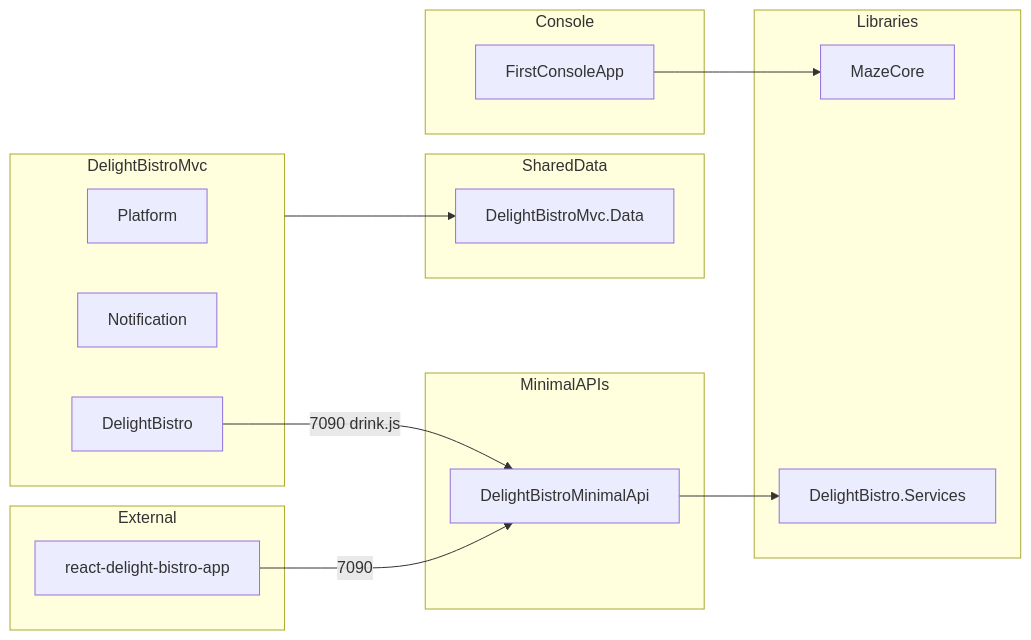
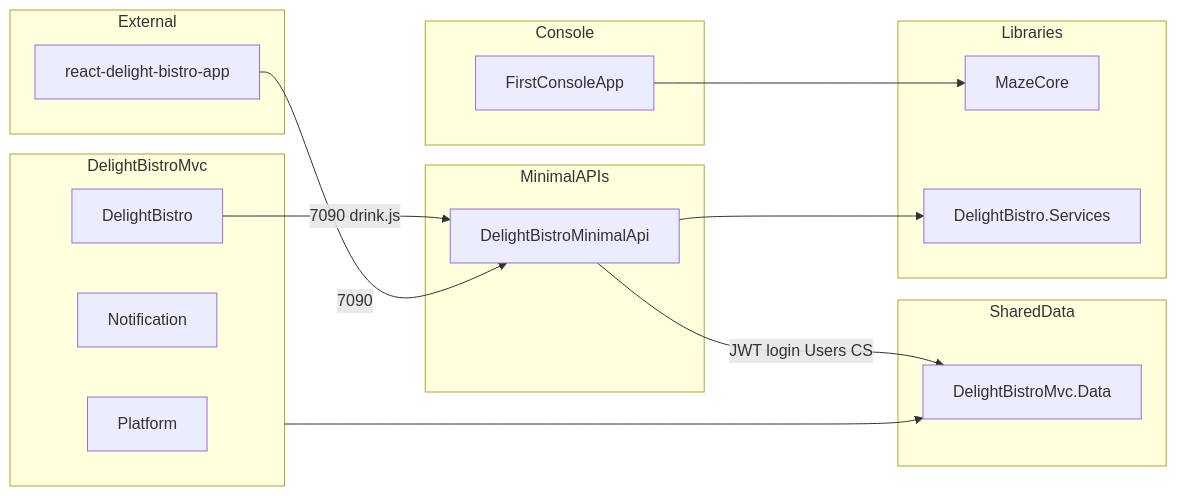
One commit to AlexanderKartuz/PetProjectDelightBistro changed the diagram in DelightBistro/docs/integration-map.md. Above: the diagram before and after it, drawn with Mermaid. The commit also changed other lines of this file and 7 other files, not shown here.

````diff
--- a/DelightBistro/docs/integration-map.md
+++ b/DelightBistro/docs/integration-map.md
@@ -64,35 +65,36 @@
 ```mermaid
 flowchart LR
     subgraph web [DelightBistroMvc]
         Platform
         Notification
         DelightBistro
     end
 
     subgraph apis [MinimalAPIs]
         DrinksAPI[DelightBistroMinimalApi]
     end
 
     subgraph data [SharedData]
         WebContext[DelightBistroMvc.Data]
     end
 
     subgraph libs [Libraries]
         MazeCore
         SerilogLib[DelightBistro.Services]
     end
 
     subgraph console [Console]
         FirstConsoleApp
     end
 
     subgraph spa [External]
         ReactApp[react-delight-bistro-app]
     end
 
     DelightBistro -->|"7090 drink.js"| DrinksAPI
     ReactApp -->|"7090"| DrinksAPI
     DrinksAPI --> SerilogLib
+    DrinksAPI -->|"JWT login Users CS"| WebContext
     web --> WebContext
     FirstConsoleApp --> MazeCore
 ```
````
